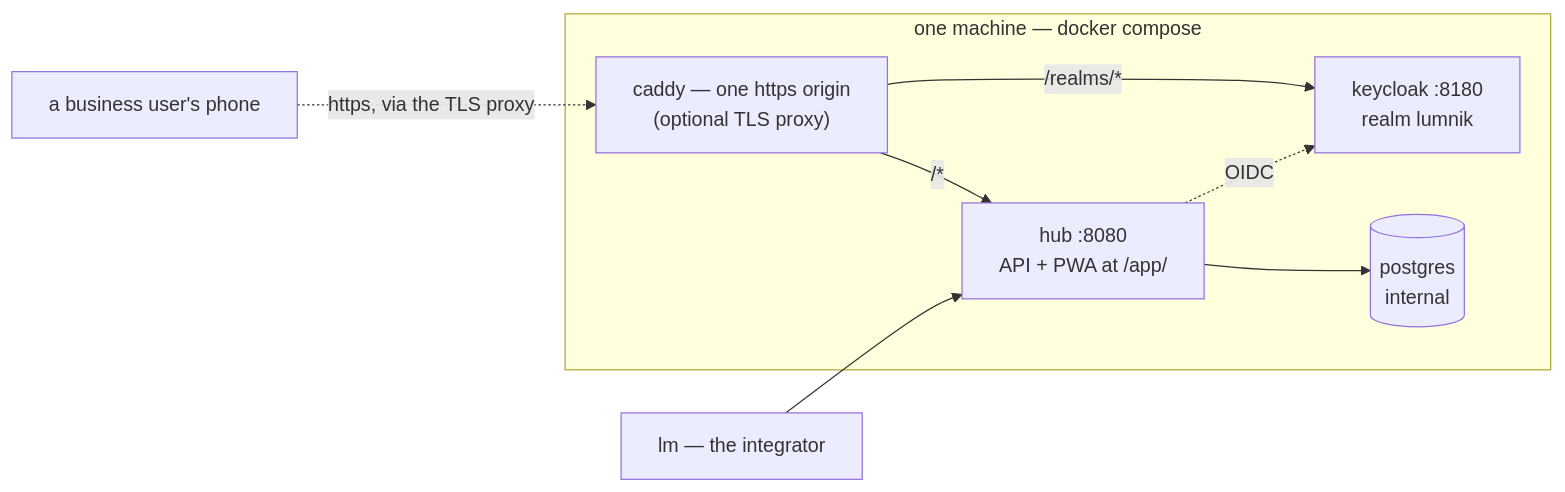
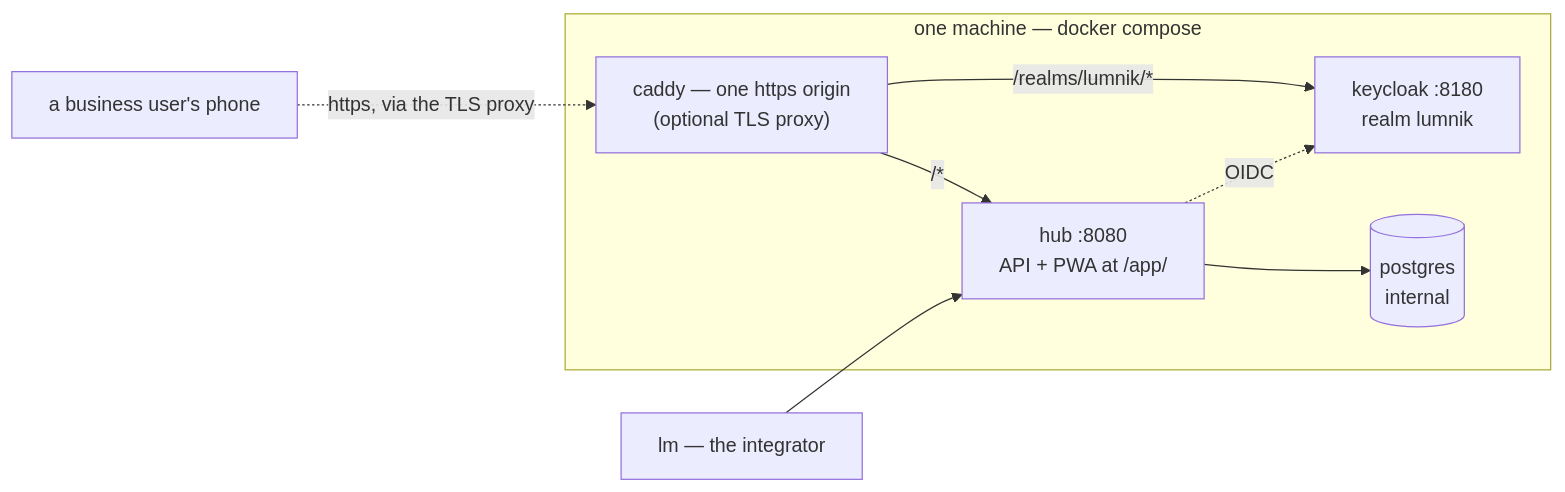
The diagram in docs/deploy.md (icreated/lumnik-open), drawn with Mermaid before and after one commit. The commit also changed other lines of this file and 63 other files, not shown here.

````diff
--- a/docs/deploy.md
+++ b/docs/deploy.md
@@ -68,15 +68,15 @@
 ```mermaid
 flowchart LR
   lmop["lm — the integrator"] --> hub
   phone["a business user's phone"] -.->|"https, via the TLS proxy"| caddy
   subgraph machine["one machine — docker compose"]
     caddy["caddy — one https origin<br/>(optional TLS proxy)"]
     hub["hub :8080<br/>API + PWA at /app/"]
     kc["keycloak :8180<br/>realm lumnik"]
     pg[("postgres<br/>internal")]
     caddy -->|"/*"| hub
-    caddy -->|"/realms/*"| kc
+    caddy -->|"/realms/lumnik/*"| kc
     hub --> pg
     hub -.->|"OIDC"| kc
   end
 ```
````
